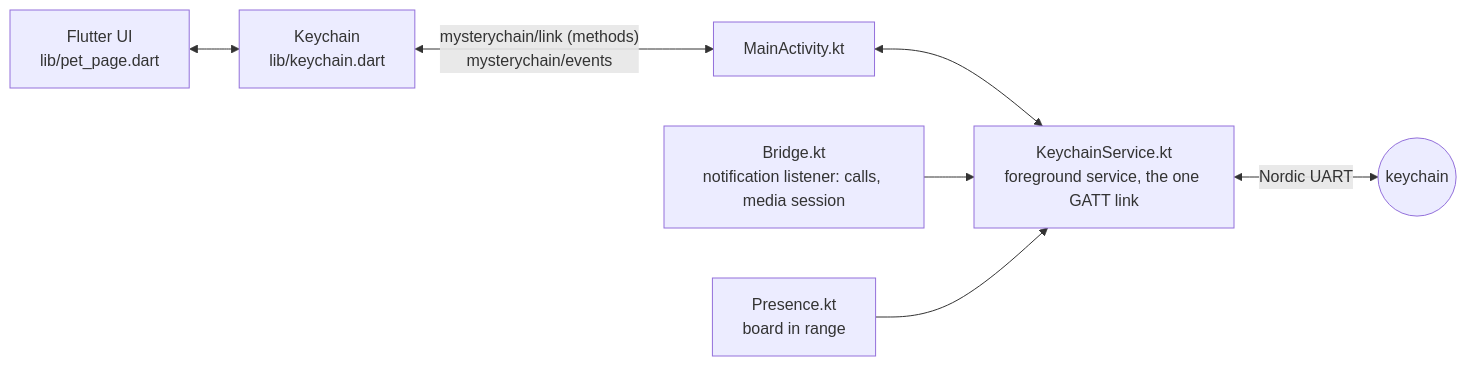
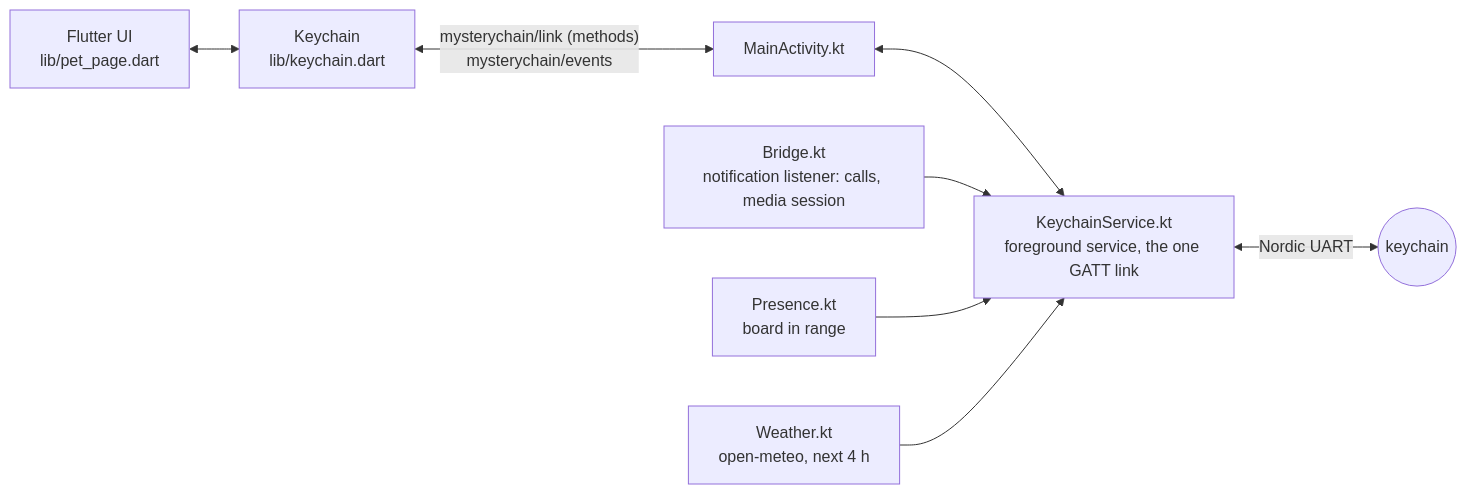
Before and after one commit to elymsyr/mysterychain: the diagram in interfaces/mobile-app/README.md, drawn with Mermaid. The commit also changed other lines of this file and 10 other files, not shown here.

First line of the commit message:
app: weather from open-meteo and link on/off switch (0.3.0)

````diff
--- a/interfaces/mobile-app/README.md
+++ b/interfaces/mobile-app/README.md
@@ -22,9 +23,10 @@
 ```mermaid
 flowchart LR
   UI["Flutter UI<br/>lib/pet_page.dart"] <--> K["Keychain<br/>lib/keychain.dart"]
   K <-- "mysterychain/link (methods)<br/>mysterychain/events" --> MA["MainActivity.kt"]
   MA <--> S["KeychainService.kt<br/>foreground service, the one GATT link"]
   B["Bridge.kt<br/>notification listener: calls, media session"] --> S
   P["Presence.kt<br/>board in range"] --> S
+  W["Weather.kt<br/>open-meteo, next 4 h"] --> S
   S <-- "Nordic UART" --> Board((keychain))
 ```
````
